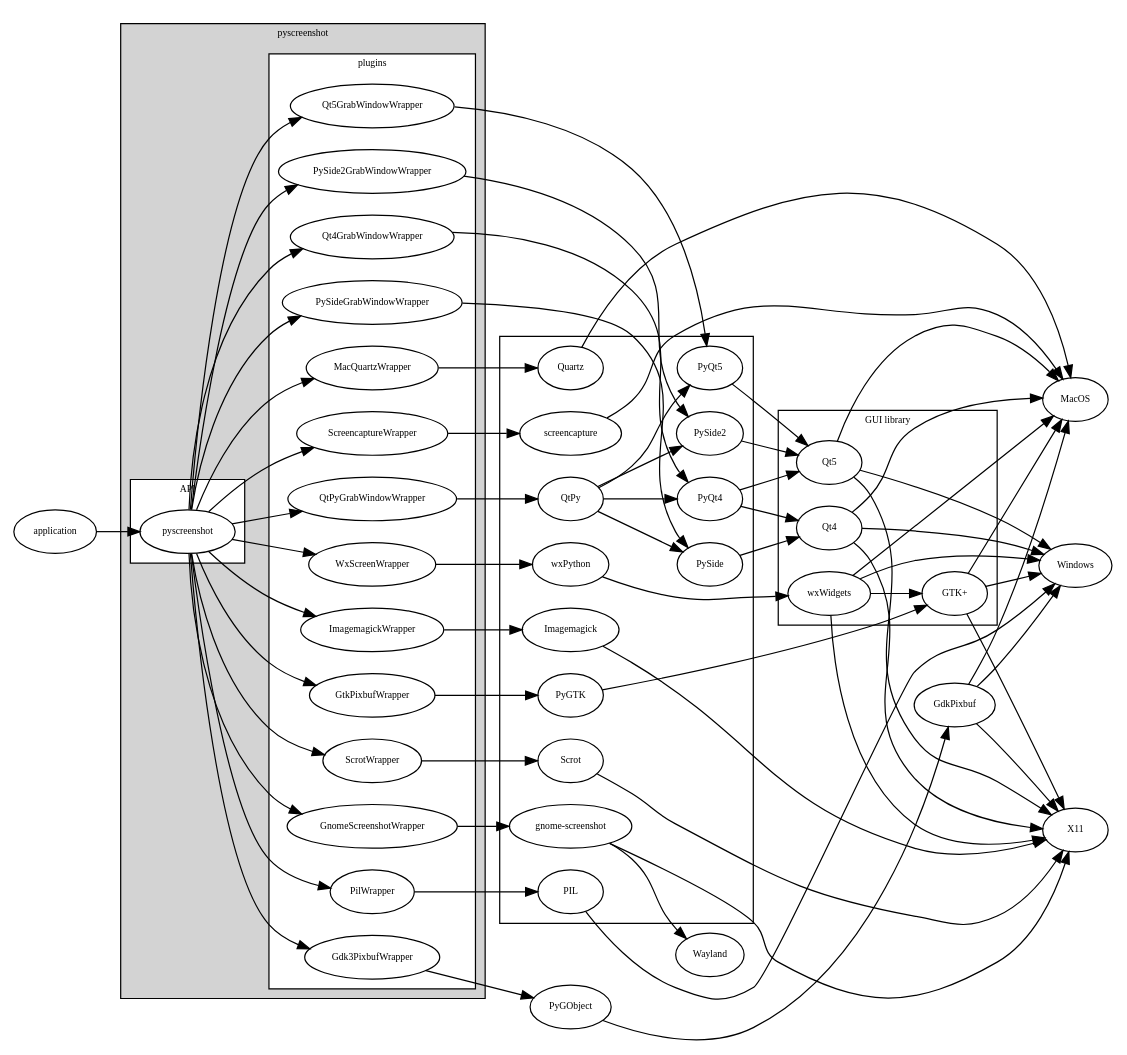
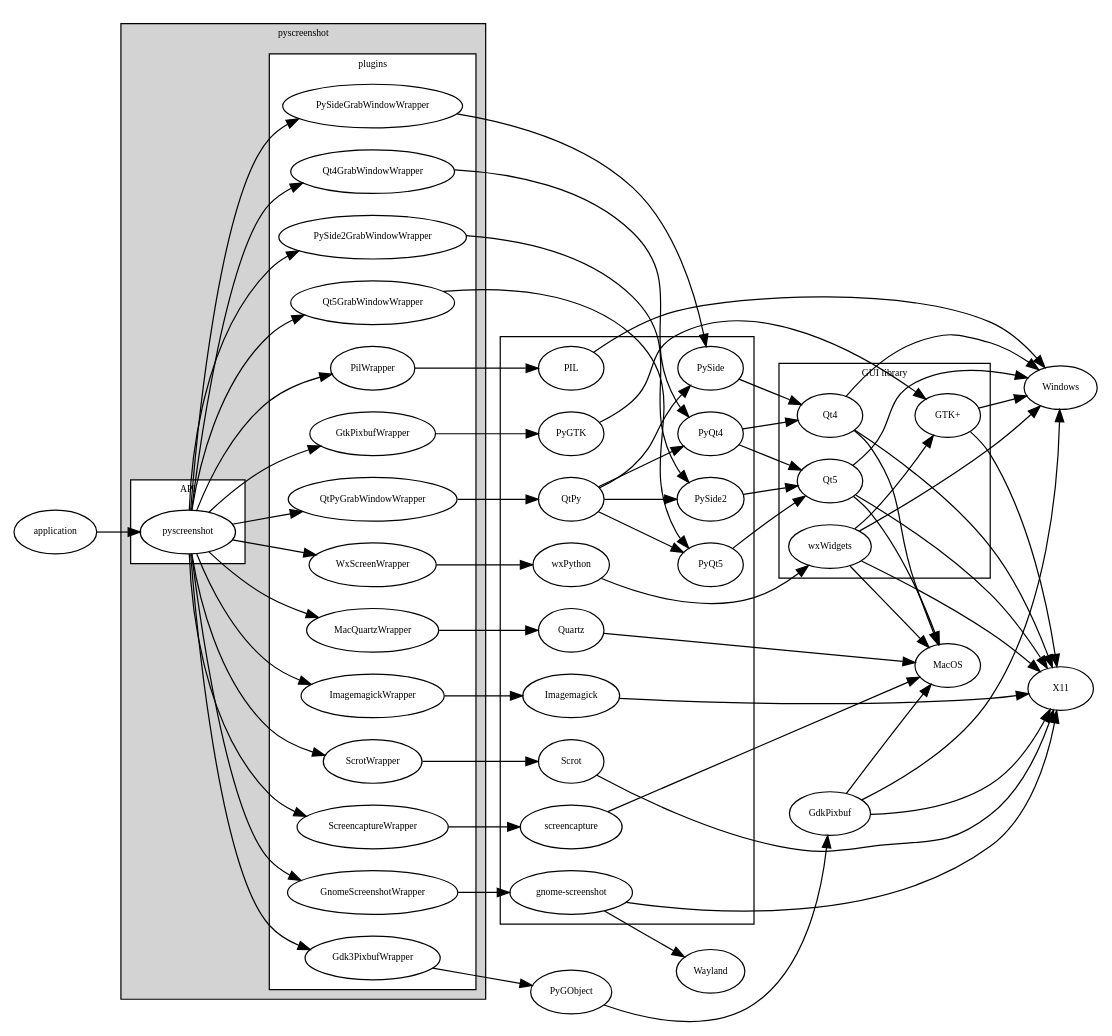
Before and after one commit to ponty/pyscreenshot: the diagram in docs/hierarchy.rst, drawn with Graphviz.

Commit message:
doc: no gtk on osx

```diff
--- a/docs/hierarchy.rst
+++ b/docs/hierarchy.rst
@@ -90,7 +90,7 @@
         "gnome-screenshot" -> Wayland;
 
         GtkPixbufWrapper -> PyGTK -> "GTK+";
-        "GTK+" -> MacOS;
+        //"GTK+" -> MacOS;
         "GTK+" -> Windows;
         "GTK+" -> X11;
 
```
